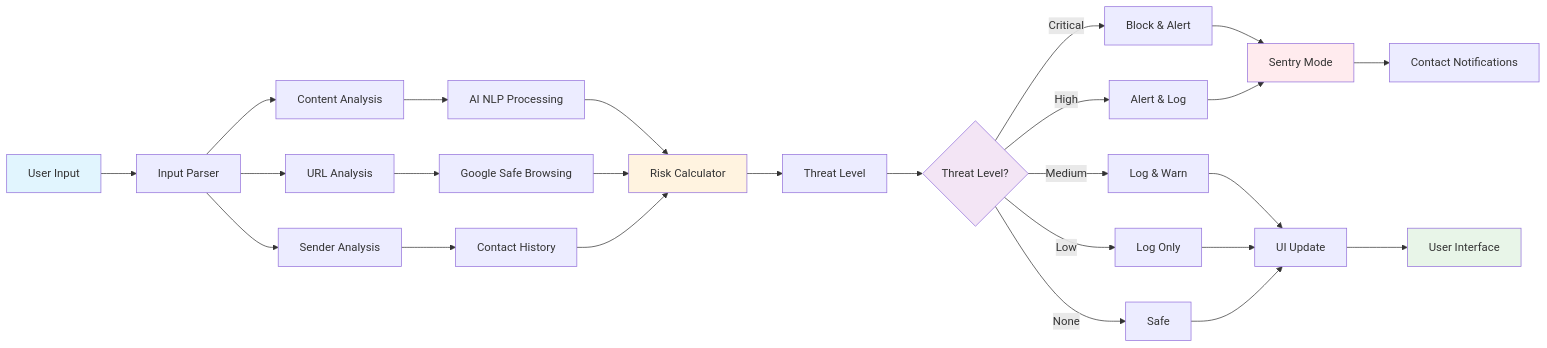
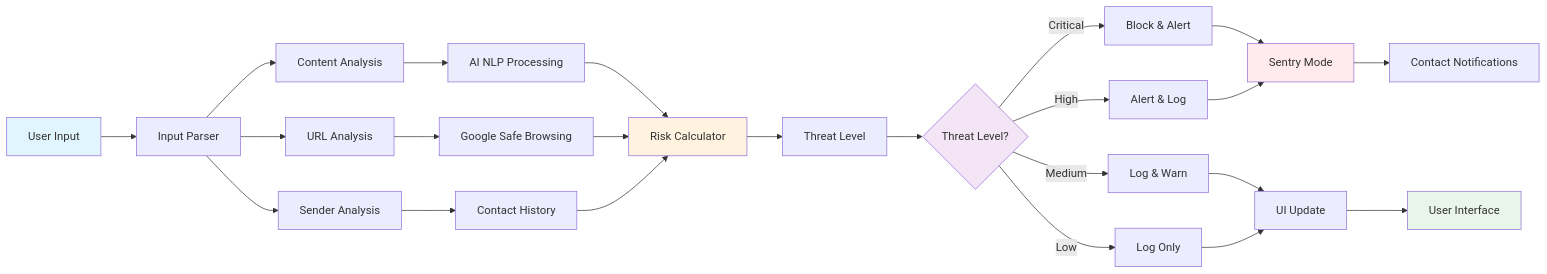
The diagram in docs/system-architecture.md (realatc/tsv3), drawn with Mermaid before and after one commit. The commit also changed other lines of this file and 1 other file, not shown here.

````diff
--- a/docs/system-architecture.md
+++ b/docs/system-architecture.md
@@ -9,39 +9,37 @@
 ```mermaid
 graph LR
     A[User Input] --> B[Input Parser]
     B --> C[Content Analysis]
     B --> D[URL Analysis]
     B --> E[Sender Analysis]
     
     C --> F[AI NLP Processing]
     D --> G[Google Safe Browsing]
     E --> H[Contact History]
     
     F --> I[Risk Calculator]
     G --> I
     H --> I
     
     I --> J[Threat Level]
     J --> K{Threat Level?}
     
     K -->|Critical| L[Block & Alert]
     K -->|High| M[Alert & Log]
     K -->|Medium| N[Log & Warn]
     K -->|Low| O[Log Only]
-    K -->|None| P[Safe]
     
     L --> Q[Sentry Mode]
     M --> Q
     N --> R[UI Update]
     O --> R
-    P --> R
     
     Q --> S[Contact Notifications]
     R --> T[User Interface]
     
     style A fill:#e1f5fe
     style I fill:#fff3e0
     style K fill:#f3e5f5
     style Q fill:#ffebee
     style T fill:#e8f5e8
 ```
````
